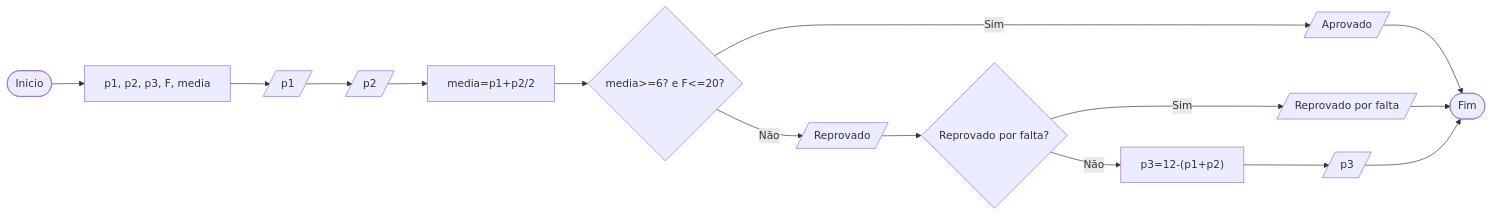
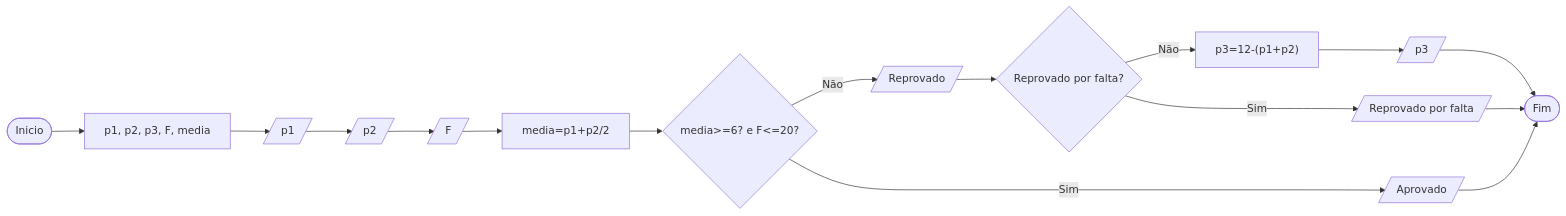
The diagram in algo04/q3flow.md (mari-roc/algorithms-logic), drawn with Mermaid before and after one commit.

Commit message:
fixing q3flowchart

````diff
--- a/algo04/q3flow.md
+++ b/algo04/q3flow.md
@@ -7,17 +7,18 @@
 ```mermaid
 graph LR
     A([Inicio]) --> B[p1, p2, p3, F, media]
     B --> C[/p1/]
     C --> D[/p2/]
-    D --> E["media=p1+p2/2"]
-    E --> F{"media>=6? e F<=20?"}
-    F -- Sim --> G[/Aprovado/]
-    F -- Não --> H[/Reprovado/]
-    H --> I{"Reprovado por falta?"}
-    I -- Não --> J["p3=12-(p1+p2)"]
-    I -- Sim --> K[/Reprovado por falta/]
-    J --> L[/p3/]
-    G --> M([Fim])
-    K --> M([Fim])
-    L --> M([Fim])
+    D --> E[/F/]
+    E --> F["media=p1+p2/2"]
+    F --> G{"media>=6? e F<=20?"}
+    G -- Sim --> I[/Aprovado/]
+    G -- Não --> H[/Reprovado/]
+    H --> J{"Reprovado por falta?"}
+    J -- Não --> K["p3=12-(p1+p2)"]
+    J -- Sim --> L[/Reprovado por falta/]
+    K --> M[/p3/]
+    M --> N([Fim])
+    L --> N([Fim])
+    I --> N([Fim])
 ```
````
